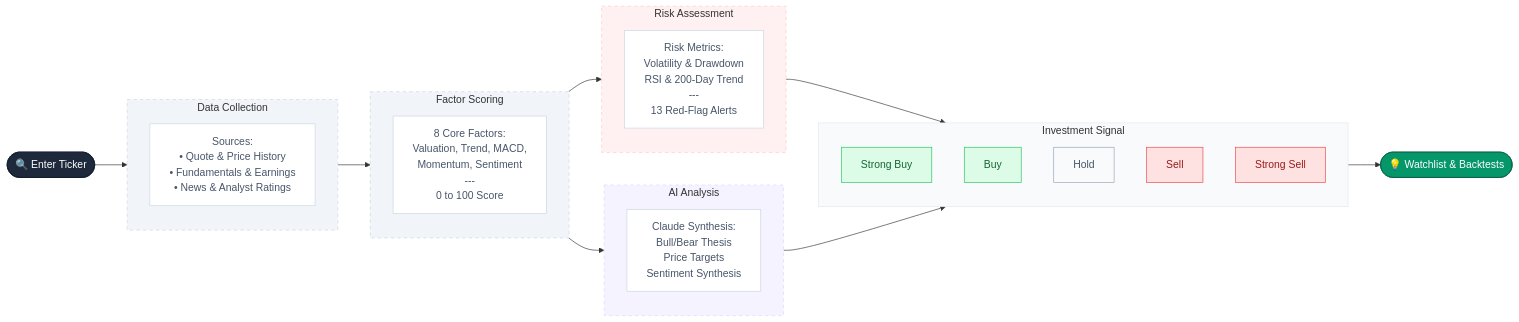
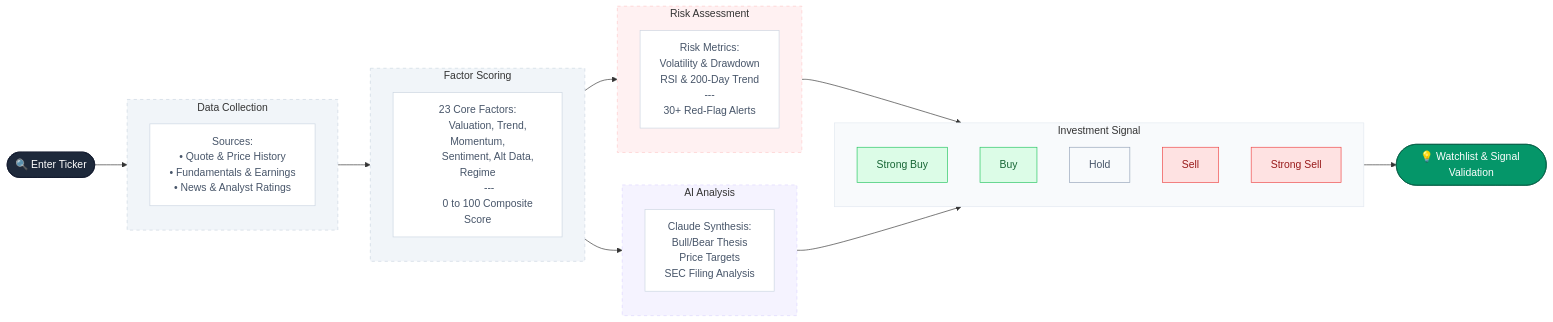
The diagram in README.md (pcjtse/jaja-money), drawn with Mermaid before and after one commit. The commit also changed other lines of this file, not shown here.

````diff
--- a/README.md
+++ b/README.md
@@ -43,70 +52,70 @@
 ```mermaid
 flowchart LR
     %% Global Styles
     classDef start fill:#1e293b,stroke:#0f172a,color:#fff
     classDef finish fill:#059669,stroke:#065f46,color:#fff
     classDef step fill:#fff,stroke:#cbd5e1,color:#475569
     
     classDef buy fill:#dcfce7,stroke:#22c55e,color:#166534
     classDef hold fill:#f8fafc,stroke:#94a3b8,color:#475569
     classDef sell fill:#fee2e2,stroke:#ef4444,color:#991b1b
 
     START(["🔍 Enter Ticker"]):::start
 
     subgraph D [Data Collection]
         D1["Sources:
         • Quote & Price History
         • Fundamentals & Earnings
         • News & Analyst Ratings"]:::step
     end
 
     subgraph F [Factor Scoring]
-        F1["8 Core Factors:
-        Valuation, Trend, MACD,
-        Momentum, Sentiment
+        F1["23 Core Factors:
+        Valuation, Trend, Momentum,
+        Sentiment, Alt Data, Regime
         ---
-        0 to 100 Score"]:::step
+        0 to 100 Composite Score"]:::step
     end
 
     subgraph R [Risk Assessment]
         R1["Risk Metrics:
         Volatility & Drawdown
         RSI & 200-Day Trend
         ---
-        13 Red-Flag Alerts"]:::step
+        30+ Red-Flag Alerts"]:::step
     end
 
     subgraph AI [AI Analysis]
         AI1["Claude Synthesis:
         Bull/Bear Thesis
         Price Targets
-        Sentiment Synthesis"]:::step
+        SEC Filing Analysis"]:::step
     end
 
     subgraph SIG [Investment Signal]
         direction TB
         S1["Strong Buy"]:::buy
         S2["Buy"]:::buy
         S3["Hold"]:::hold
         S4["Sell"]:::sell
         S5["Strong Sell"]:::sell
     end
 
-    END(["💡 Watchlist & Backtests"]):::finish
+    END(["💡 Watchlist & Signal Validation"]):::finish
 
     %% Connections
     START --> D
     D --> F
     F --> R
     F --> AI
     R --> SIG
     AI --> SIG
     SIG --> END
 
     %% Subgraph Styling
     style D fill:#f1f5f9,stroke:#cbd5e1,stroke-dasharray: 5 5
     style F fill:#f1f5f9,stroke:#cbd5e1,stroke-dasharray: 5 5
     style R fill:#fff1f2,stroke:#fecaca,stroke-dasharray: 5 5
     style AI fill:#f5f3ff,stroke:#ddd6fe,stroke-dasharray: 5 5
     style SIG fill:#f8fafc,stroke:#e2e8f0
 ```
````
